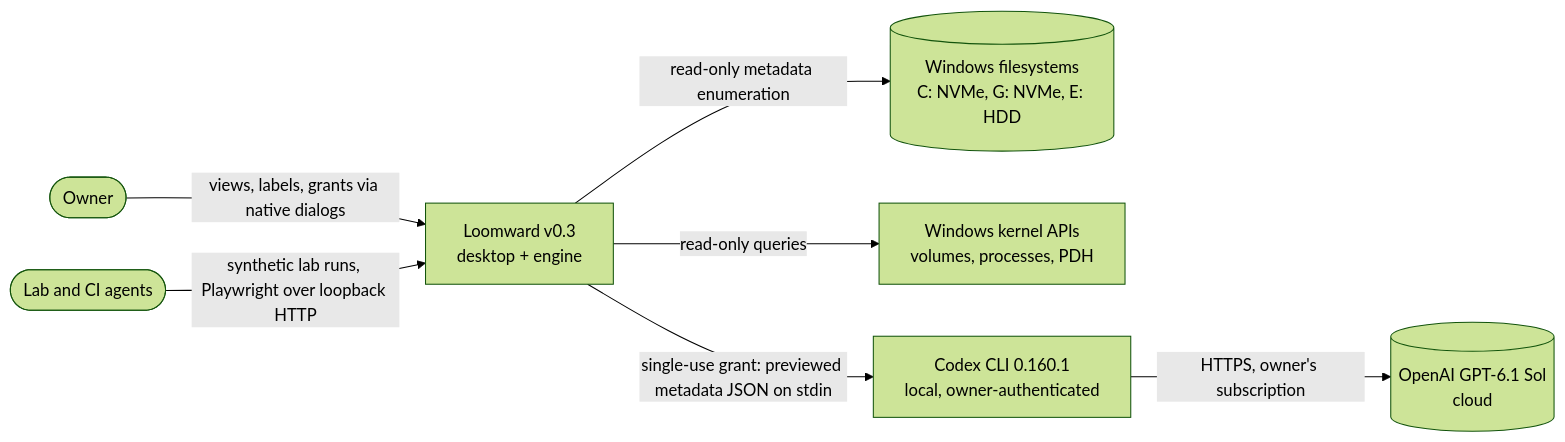
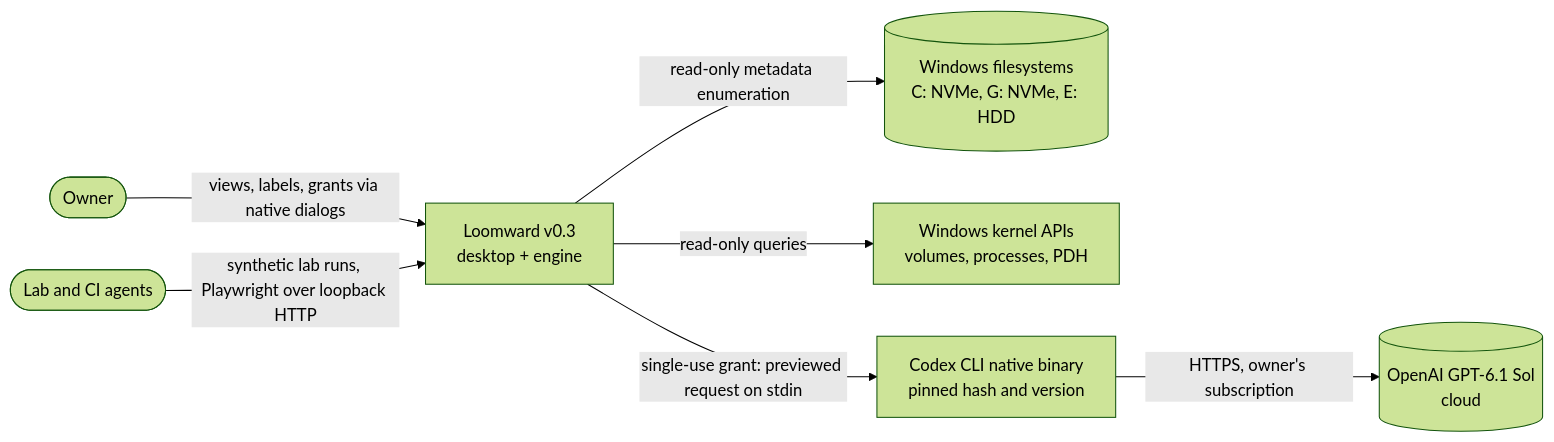
The first of 5 diagrams in docs/41-v03-architecture.md (Chris0Jeky/Loomward), drawn with Mermaid (forest theme) before and after one commit. The commit also changed other lines of this file and 5 other files, not shown here.

First line of the commit message:
docs(architecture): revision 2 after the cross-vendor review (all 26 findings dispositioned)

````diff
--- a/docs/41-v03-architecture.md
+++ b/docs/41-v03-architecture.md
@@ -43,16 +46,16 @@
 ```mermaid
 flowchart LR
   owner([Owner])
   agents([Lab and CI agents])
   lw[Loomward v0.3<br/>desktop + engine]
   fs[(Windows filesystems<br/>C: NVMe, G: NVMe, E: HDD)]
   os[Windows kernel APIs<br/>volumes, processes, PDH]
-  codex[Codex CLI 0.160.1<br/>local, owner-authenticated]
+  codex[Codex CLI native binary<br/>pinned hash and version]
   openai[(OpenAI GPT-6.1 Sol<br/>cloud)]
   owner -->|views, labels, grants via native dialogs| lw
   agents -->|synthetic lab runs, Playwright over loopback HTTP| lw
   lw -->|read-only metadata enumeration| fs
   lw -->|read-only queries| os
-  lw -->|single-use grant: previewed metadata JSON on stdin| codex
+  lw -->|single-use grant: previewed request on stdin| codex
   codex -->|HTTPS, owner's subscription| openai
 ```
````
